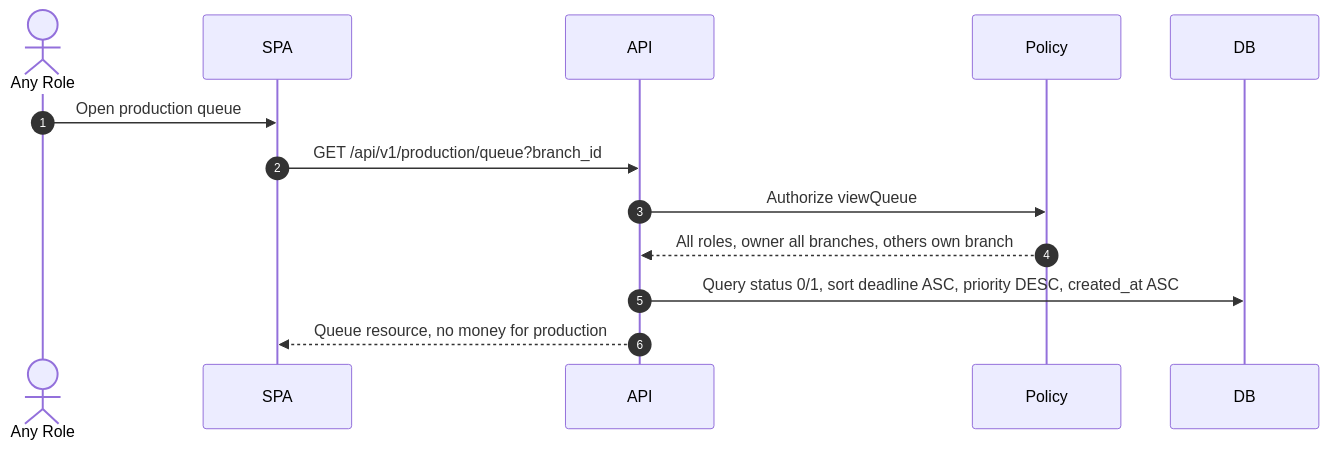
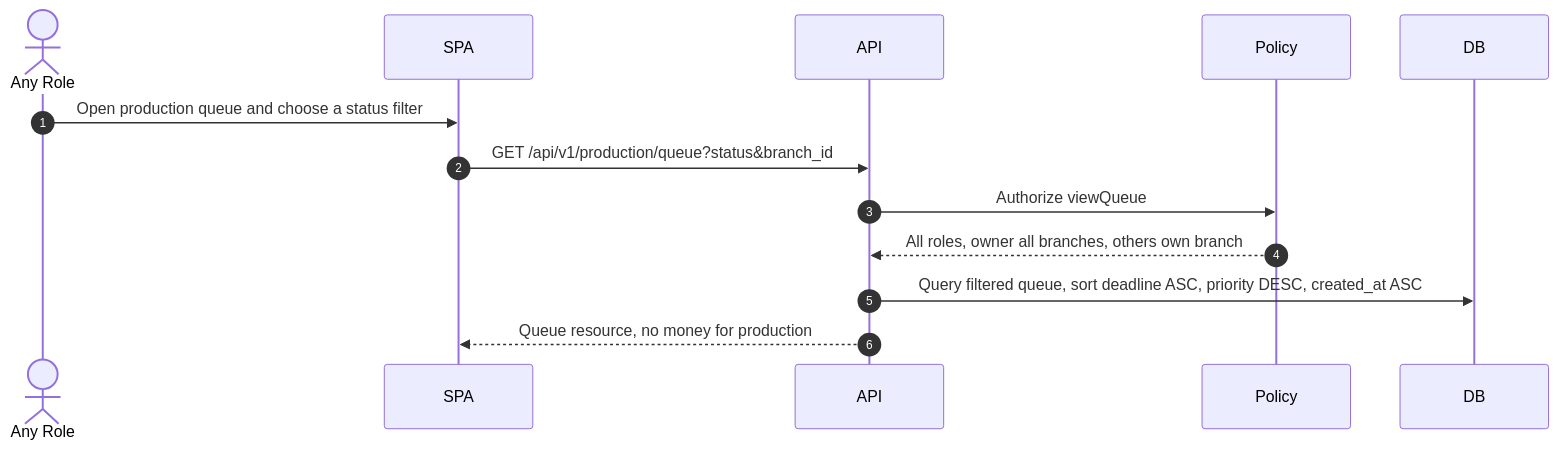
Diagram 15 of 21 in docs/architecture/sequence-diagrams.md (Arukast/pos_alja), drawn with Mermaid before and after one commit. The commit also changed other lines of this file and 17 other files, not shown here.

````diff
--- a/docs/architecture/sequence-diagrams.md
+++ b/docs/architecture/sequence-diagrams.md
@@ -382,16 +386,16 @@
 ```mermaid
 sequenceDiagram
     autonumber
     actor A as Any Role
     participant SPA
     participant API
     participant Policy
     participant DB
 
-    A->>SPA: Open production queue
-    SPA->>API: GET /api/v1/production/queue?branch_id
+    A->>SPA: Open production queue and choose a status filter
+    SPA->>API: GET /api/v1/production/queue?status&branch_id
     API->>Policy: Authorize viewQueue
     Policy-->>API: All roles, owner all branches, others own branch
-    API->>DB: Query status 0/1, sort deadline ASC, priority DESC, created_at ASC
+    API->>DB: Query filtered queue, sort deadline ASC, priority DESC, created_at ASC
     API-->>SPA: Queue resource, no money for production
 ```
````
